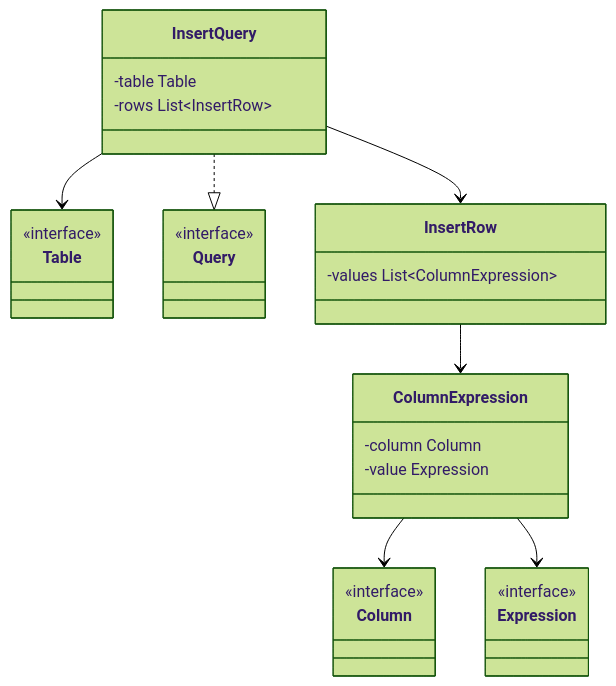
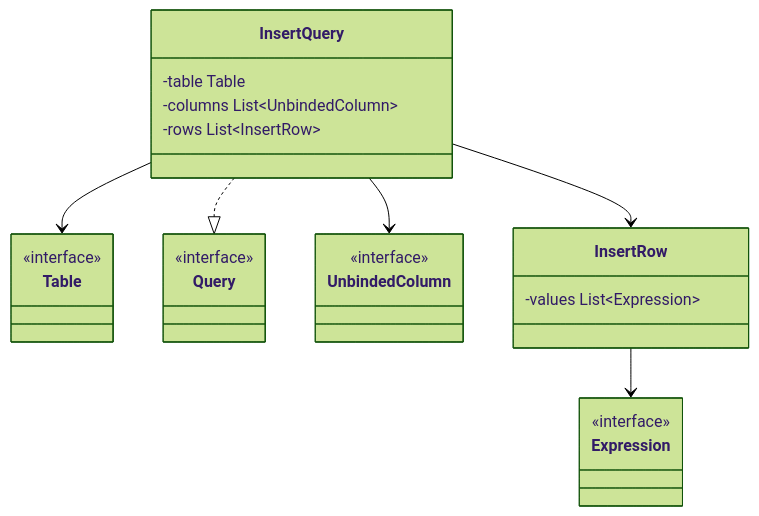
Before and after one commit to safarislava/QueryBricks: the tenth of 13 diagrams in docs/domain.md, drawn with Mermaid (forest theme). The commit also changed other lines of this file and 1 other file, not shown here.

Commit message:
docs: Columns binded/unbinded difference

````diff
--- a/docs/domain.md
+++ b/docs/domain.md
@@ -367,38 +378,33 @@
 ```mermaid
 classDiagram
     class Table {
         <<interface>>
     }
     
     class Query {
         <<interface>>
     }
 
     class Expression {
         <<interface>>
     }
 
-    class Column {
+    class UnbindedColumn {
         <<interface>>
     }
 
-    class ColumnExpression {
-        -column Column
-        -value Expression
+    class InsertRow {
+        -values List~Expression~
     }
-    ColumnExpression --> Column
-    ColumnExpression --> Expression
-
-    class InsertRow {
-        -values List~ColumnExpression~
-    }
-    InsertRow --> ColumnExpression
+    InsertRow --> Expression
 
     class InsertQuery {
         -table Table
+        -columns List~UnbindedColumn~
         -rows List~InsertRow~
     }
     InsertQuery ..|> Query
     InsertQuery --> Table
+    InsertQuery --> UnbindedColumn
     InsertQuery --> InsertRow
 ```
````
